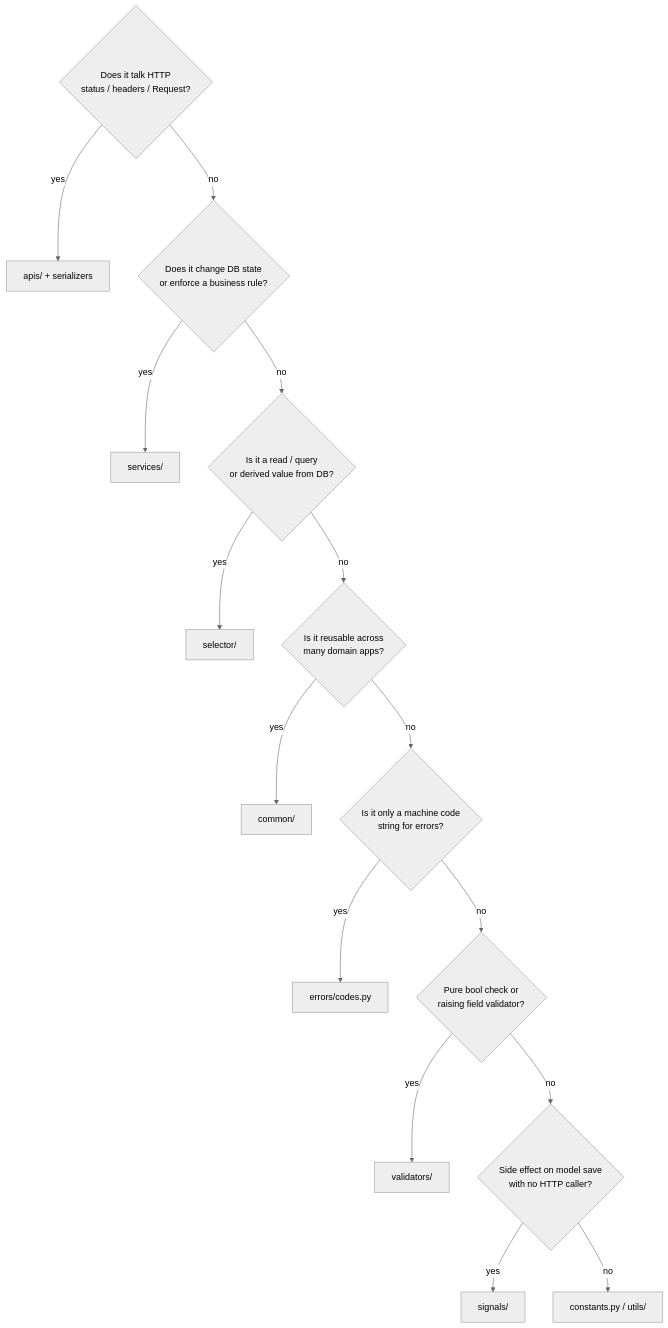
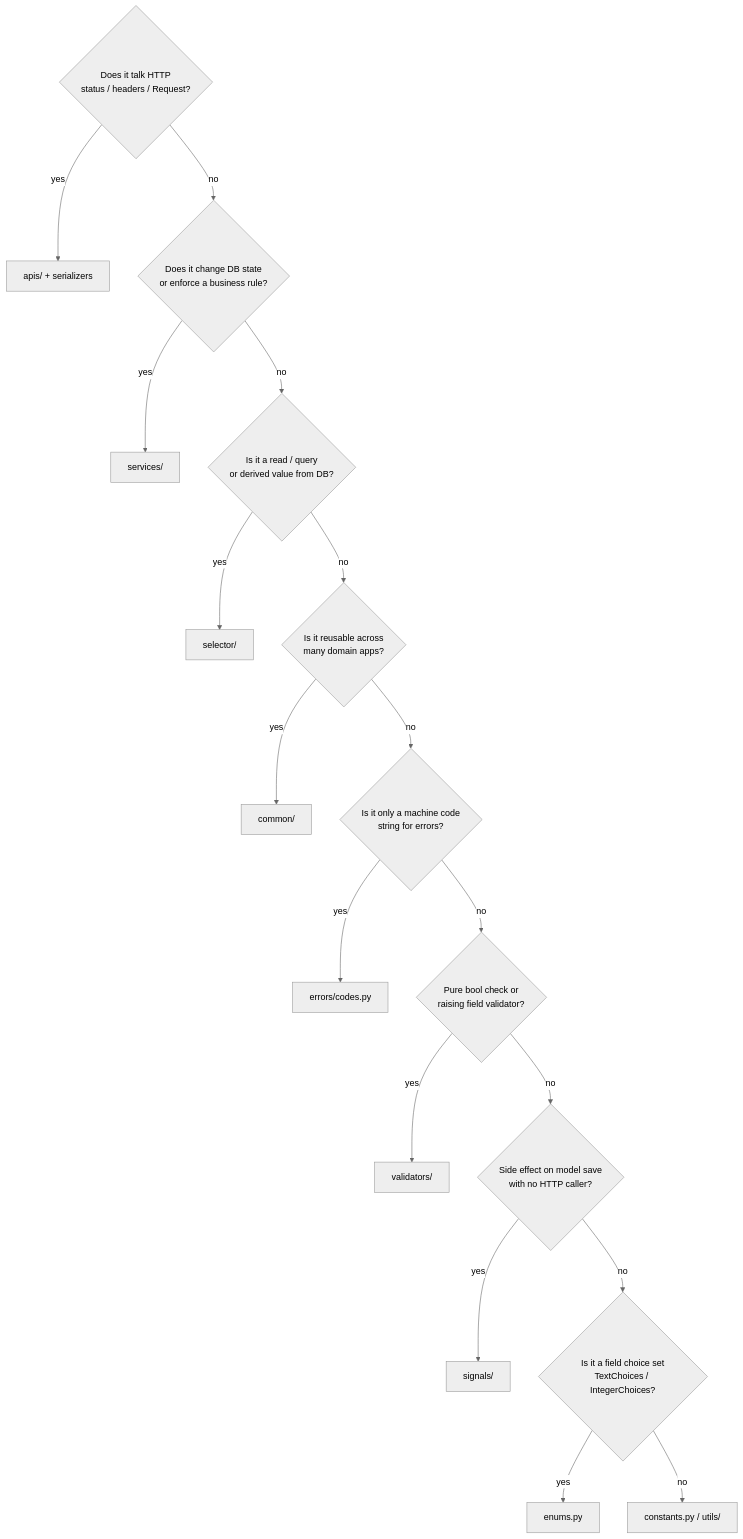
The third of 3 diagrams in {{cookiecutter.project_name}}/docs/style-guide/structure/architecture.md (alidanial7/django-style-guide), drawn with Mermaid (neutral theme) before and after one commit. The commit also changed other lines of this file and 9 other files, not shown here.

````diff
--- a/{{cookiecutter.project_name}}/docs/style-guide/structure/architecture.md
+++ b/{{cookiecutter.project_name}}/docs/style-guide/structure/architecture.md
@@ -255,18 +255,20 @@
 ```mermaid
 flowchart TD
     Q1{Does it talk HTTP<br/>status / headers / Request?}
     Q1 -->|yes| API[apis/ + serializers]
     Q1 -->|no| Q2{Does it change DB state<br/>or enforce a business rule?}
     Q2 -->|yes| SVC[services/]
     Q2 -->|no| Q3{Is it a read / query<br/>or derived value from DB?}
     Q3 -->|yes| SEL[selector/]
     Q3 -->|no| Q4{Is it reusable across<br/>many domain apps?}
     Q4 -->|yes| COM[common/]
     Q4 -->|no| Q5{Is it only a machine code<br/>string for errors?}
     Q5 -->|yes| ERR[errors/codes.py]
     Q5 -->|no| Q6{Pure bool check or<br/>raising field validator?}
     Q6 -->|yes| VAL[validators/]
     Q6 -->|no| Q7{Side effect on model save<br/>with no HTTP caller?}
     Q7 -->|yes| SIG[signals/]
-    Q7 -->|no| CST[constants.py / utils/]
+    Q7 -->|no| Q8{Is it a field choice set<br/>TextChoices / IntegerChoices?}
+    Q8 -->|yes| EN[enums.py]
+    Q8 -->|no| CST[constants.py / utils/]
 ```
````
